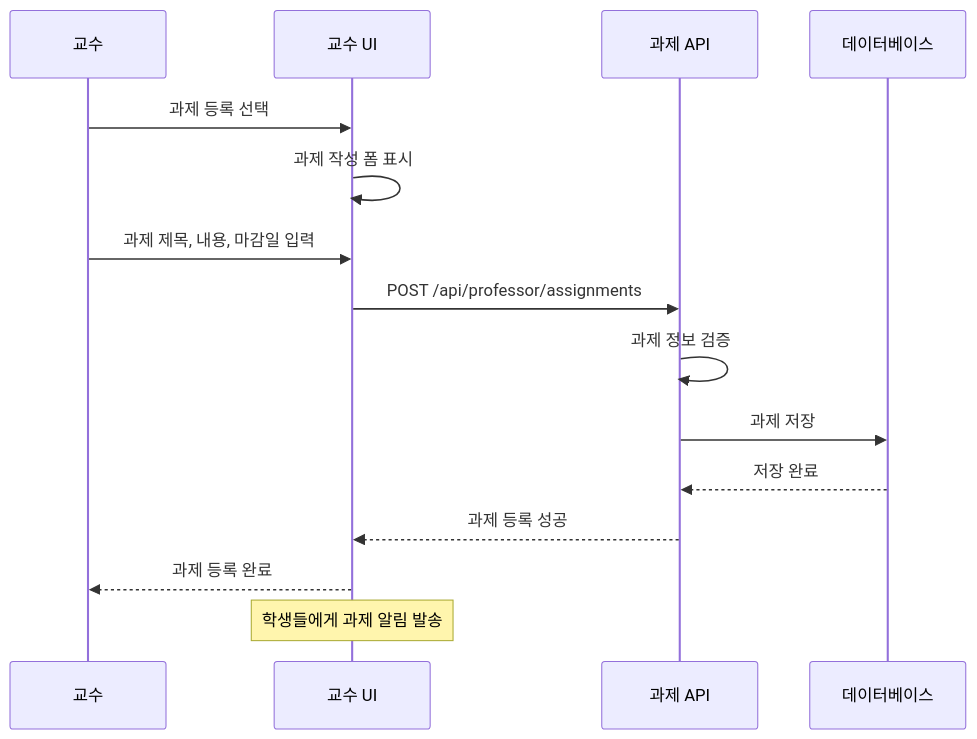
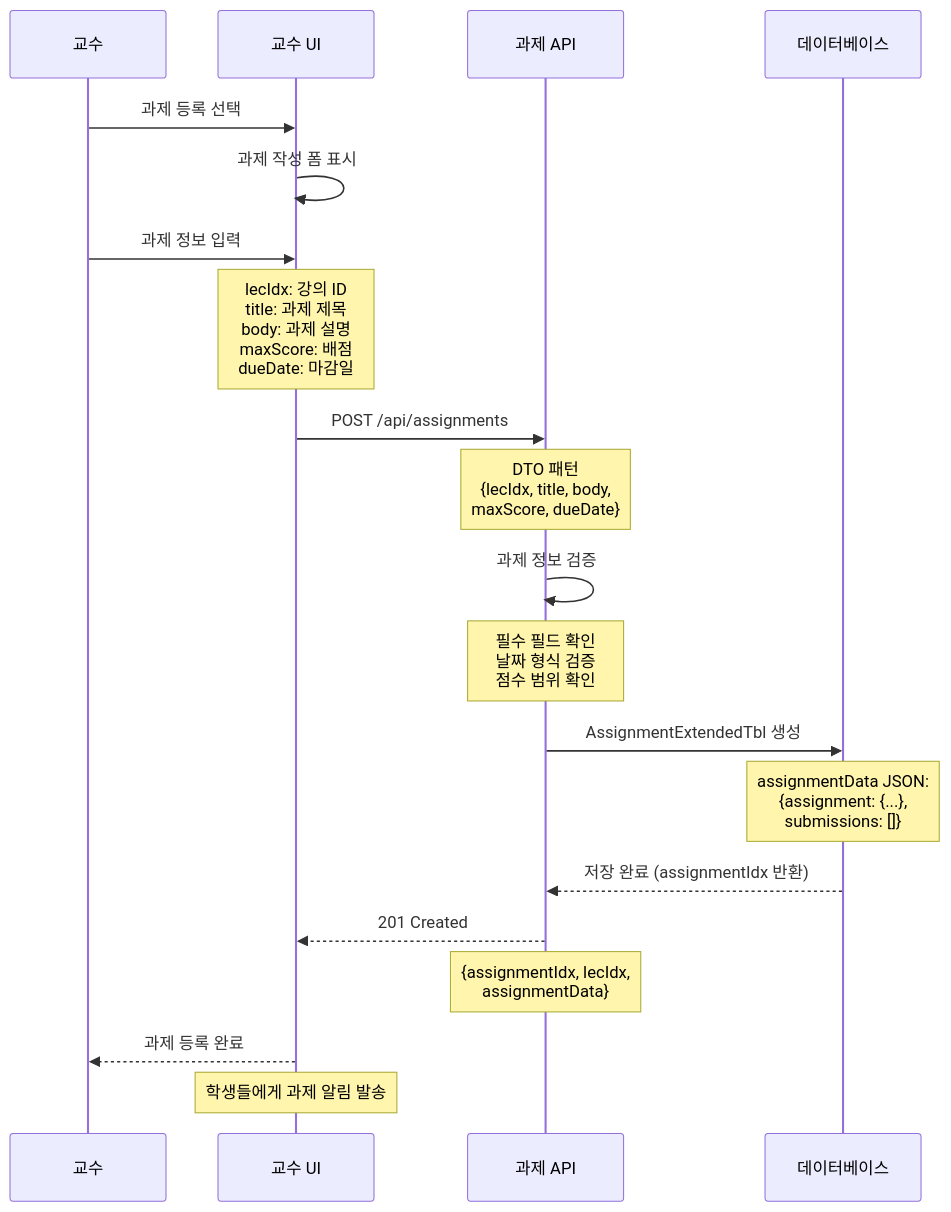
Diagram 11 of 17 in backend/BlueCrab/docs/강의관련기능/05-교수플로우.md (hooting76/blue-crab-lms), drawn with Mermaid before and after one commit. The commit also changed other lines of this file and 9 other files, not shown here.

````diff
--- a/backend/BlueCrab/docs/강의관련기능/05-교수플로우.md
+++ b/backend/BlueCrab/docs/강의관련기능/05-교수플로우.md
@@ -301,21 +308,29 @@
 ```mermaid
 sequenceDiagram
     participant Professor as 교수
     participant UI as 교수 UI
     participant API as 과제 API
     participant DB as 데이터베이스
 
     Professor->>UI: 과제 등록 선택
     UI->>UI: 과제 작성 폼 표시
 
-    Professor->>UI: 과제 제목, 내용, 마감일 입력
-    UI->>API: POST /api/professor/assignments
+    Professor->>UI: 과제 정보 입력
+    Note over UI: lecIdx: 강의 ID<br/>title: 과제 제목<br/>body: 과제 설명<br/>maxScore: 배점<br/>dueDate: 마감일
+
+    UI->>API: POST /api/assignments
+    Note over API: DTO 패턴<br/>{lecIdx, title, body,<br/>maxScore, dueDate}
+
     API->>API: 과제 정보 검증
-    API->>DB: 과제 저장
-    DB-->>API: 저장 완료
+    Note over API: 필수 필드 확인<br/>날짜 형식 검증<br/>점수 범위 확인
 
-    API-->>UI: 과제 등록 성공
+    API->>DB: AssignmentExtendedTbl 생성
+    Note over DB: assignmentData JSON:<br/>{assignment: {...},<br/>submissions: []}
+
+    DB-->>API: 저장 완료 (assignmentIdx 반환)
+    API-->>UI: 201 Created
+    Note over API: {assignmentIdx, lecIdx,<br/>assignmentData}
+
     UI-->>Professor: 과제 등록 완료
-
     Note over UI: 학생들에게 과제 알림 발송
 ```
````
